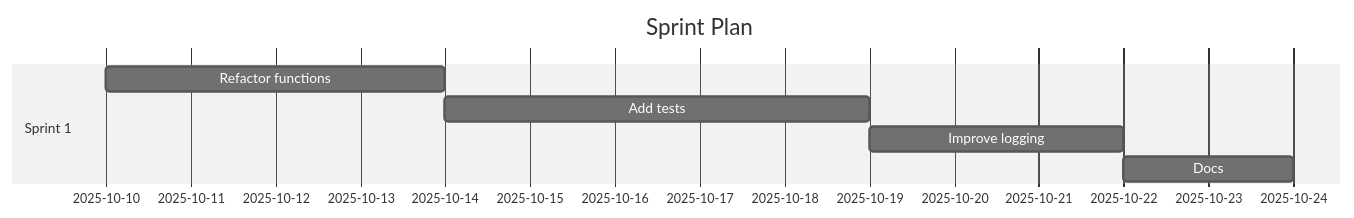
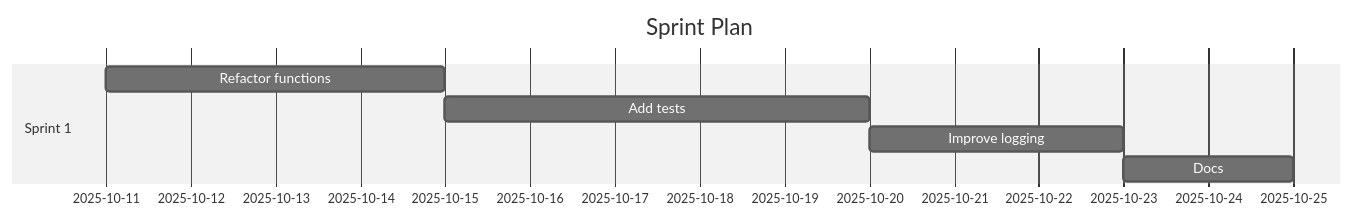
The diagram in demos/demo-code-analysis.sprint.md (Anselmoo/mcp-ai-agent-guidelines), drawn with Mermaid (neutral theme) before and after one commit. The commit also changed other lines of this file and 16 other files, not shown here.

````diff
--- a/demos/demo-code-analysis.sprint.md
+++ b/demos/demo-code-analysis.sprint.md
@@ -59,11 +59,11 @@
 ```mermaid
 gantt
 	dateFormat  YYYY-MM-DD
 	title Sprint Plan
 %% Accessibility: Title=Project Sprint Plan; Description=Gantt chart of sprints and tasks over time. %%
   section Sprint 1
-  Refactor functions :s1t0, 2025-10-10, 4d
-  Add tests :s1t1, 2025-10-14, 5d
-  Improve logging :s1t2, 2025-10-19, 3d
-  Docs :s1t3, 2025-10-22, 2d
+  Refactor functions :s1t0, 2025-10-11, 4d
+  Add tests :s1t1, 2025-10-15, 5d
+  Improve logging :s1t2, 2025-10-20, 3d
+  Docs :s1t3, 2025-10-23, 2d
 ```
````
